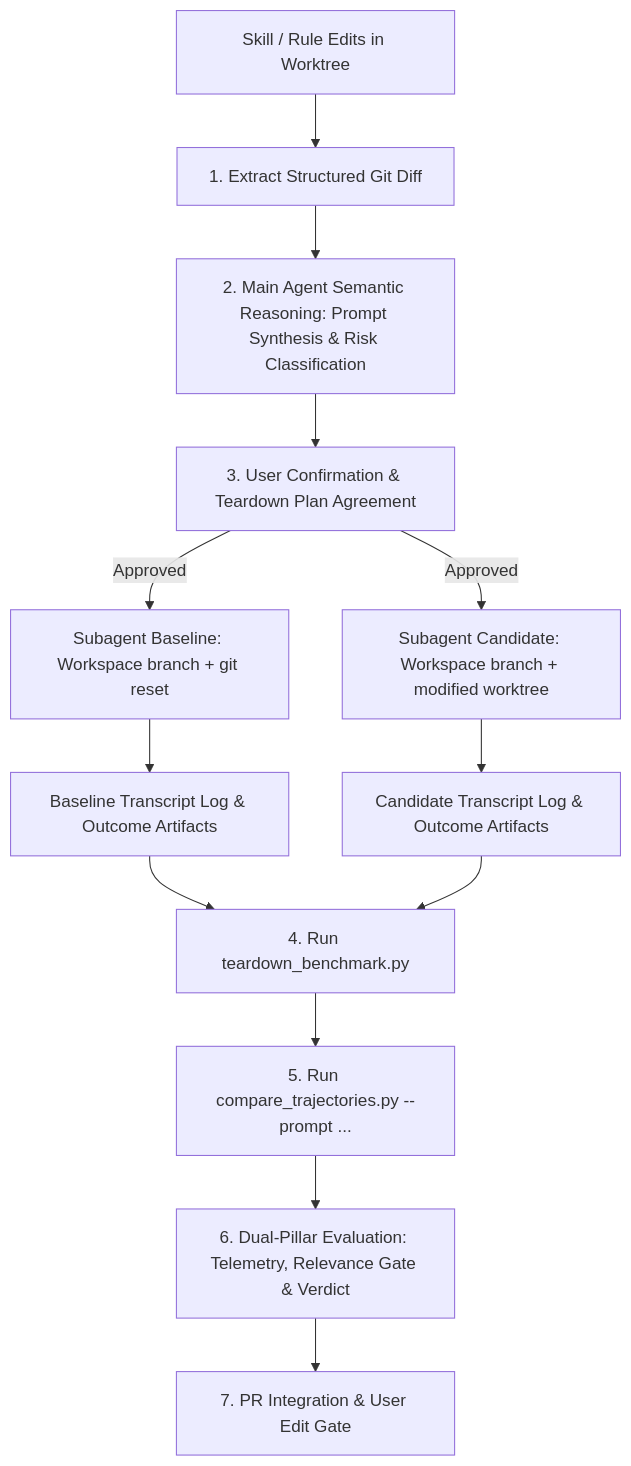
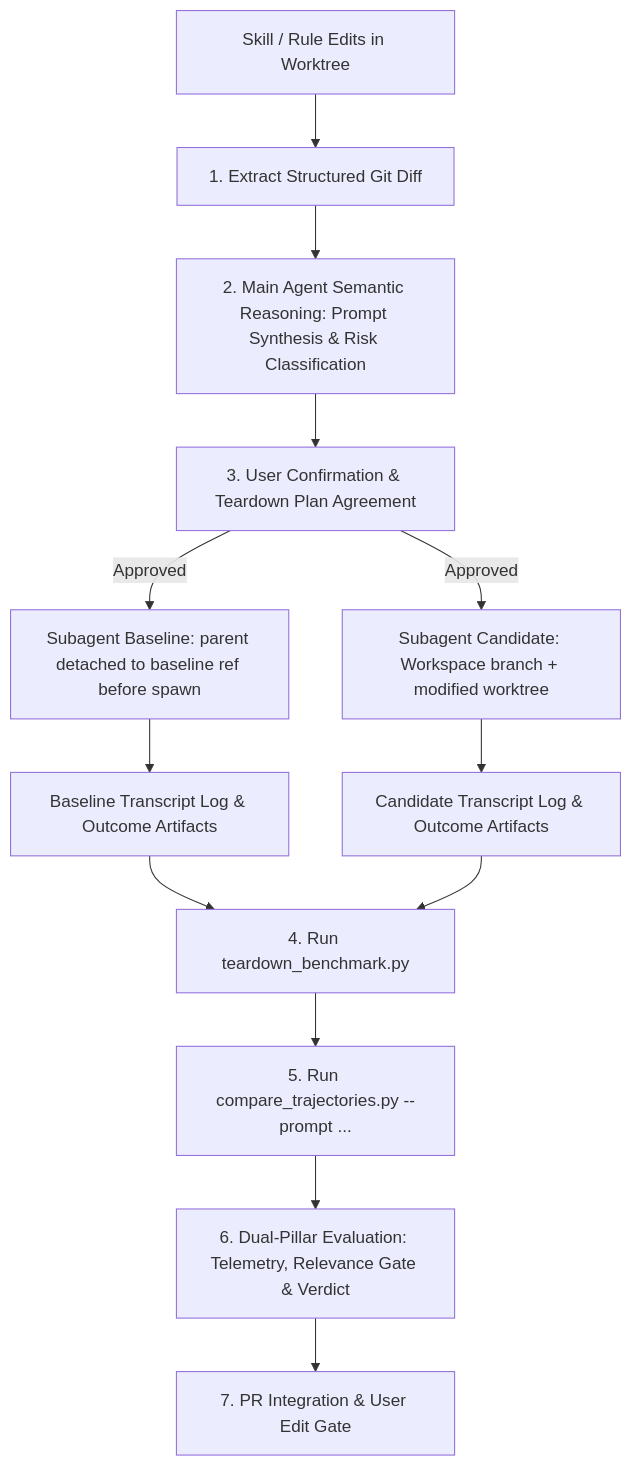
Before and after one commit to google/xmc: the diagram in .agents/skills/xmc_trajectory_comparison/SKILL.md, drawn with Mermaid. The commit also changed other lines of this file, not shown here.

First line of the commit message:
fix(benchmark): stop leaking the change under test to the baseline arm

````diff
--- a/.agents/skills/xmc_trajectory_comparison/SKILL.md
+++ b/.agents/skills/xmc_trajectory_comparison/SKILL.md
@@ -10,14 +10,14 @@
 ```mermaid
 graph TD
     A[Skill / Rule Edits in Worktree] --> B[1. Extract Structured Git Diff]
     B --> C[2. Main Agent Semantic Reasoning: Prompt Synthesis & Risk Classification]
     C --> D[3. User Confirmation & Teardown Plan Agreement]
-    D -->|Approved| E1[Subagent Baseline: Workspace branch + git reset]
+    D -->|Approved| E1["Subagent Baseline: parent detached to baseline ref before spawn"]
     D -->|Approved| E2[Subagent Candidate: Workspace branch + modified worktree]
     E1 --> F1[Baseline Transcript Log & Outcome Artifacts]
     E2 --> F2[Candidate Transcript Log & Outcome Artifacts]
     F1 & F2 --> G[4. Run teardown_benchmark.py]
     G --> H[5. Run compare_trajectories.py --prompt ...]
     H --> I[6. Dual-Pillar Evaluation: Telemetry, Relevance Gate & Verdict]
     I --> J[7. PR Integration & User Edit Gate]
 ```
````
